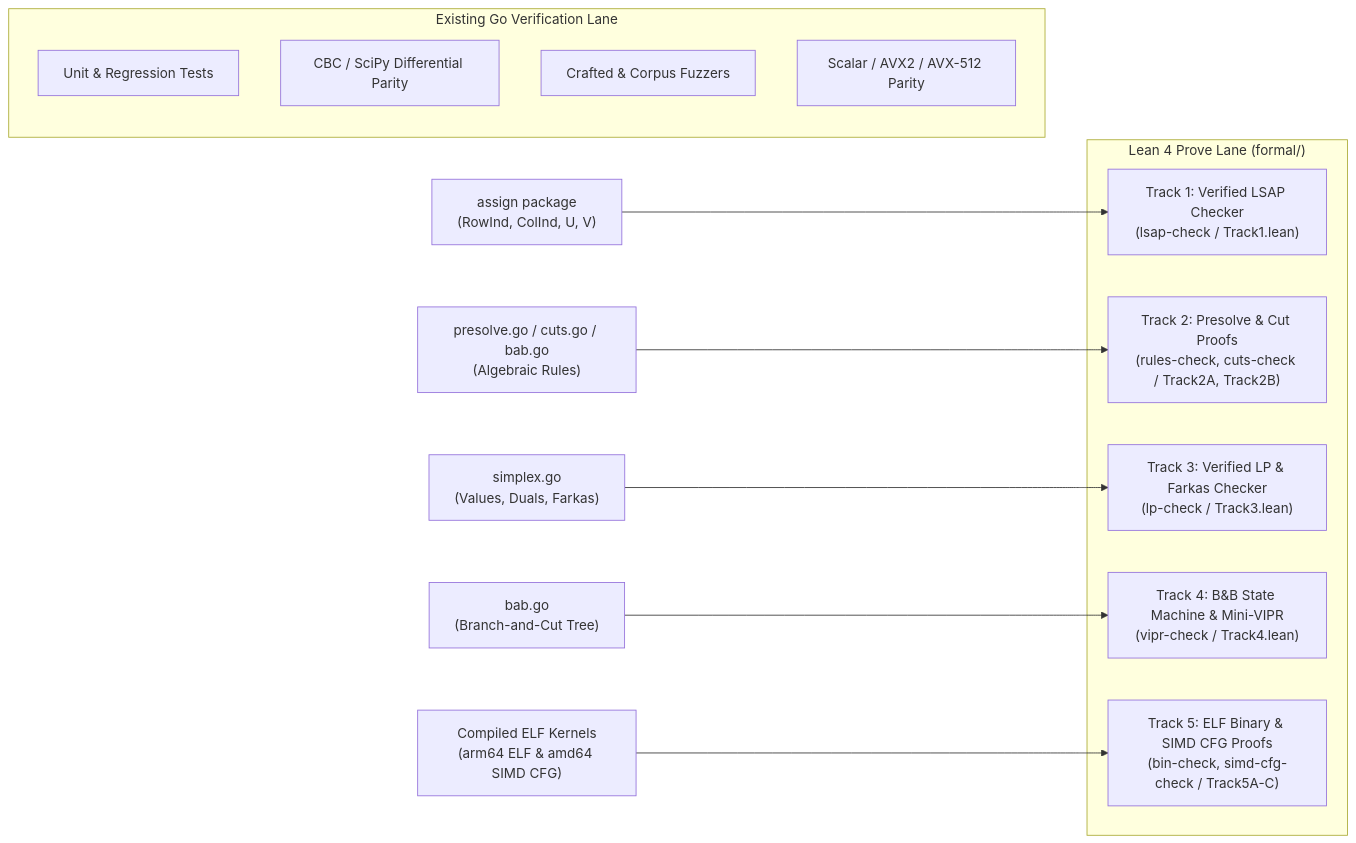
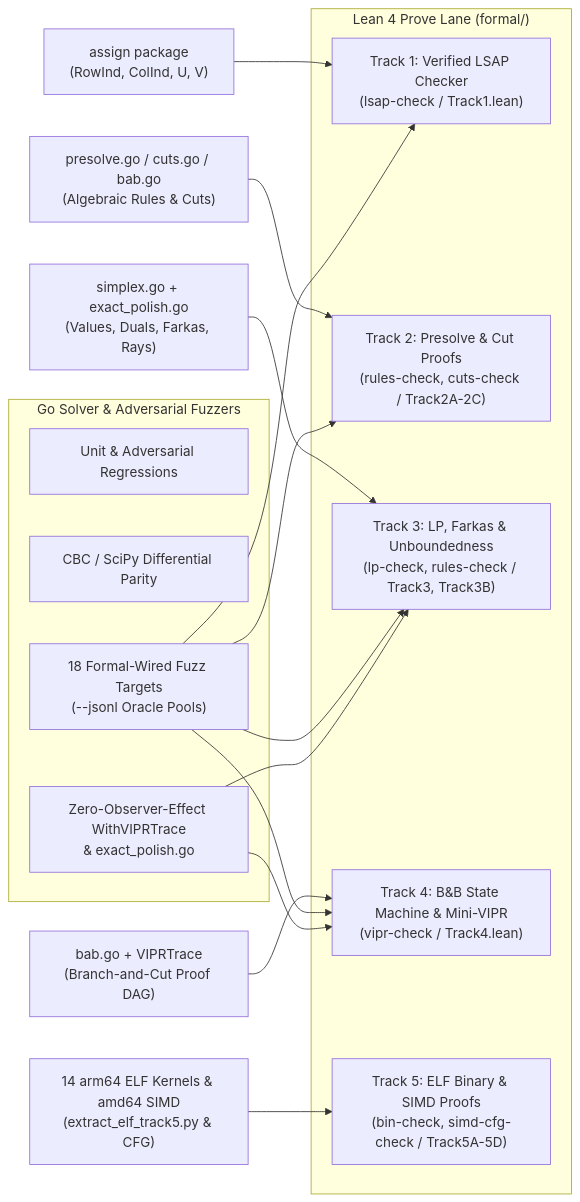
One commit to paulourio/goblin changed the diagram in docs/formal-verification.md. Above: the diagram before and after it, drawn with Mermaid. The commit also changed other lines of this file and 1 other file, not shown here.

First line of the commit message:
docs(formal): sync Lean 4 verification guide and index

````diff
--- a/docs/formal-verification.md
+++ b/docs/formal-verification.md
@@ -15,23 +15,25 @@
 ```mermaid
 flowchart LR
-    subgraph GoLane["Existing Go Verification Lane"]
-        G1["Unit & Regression Tests"]
+    subgraph GoLane["Go Solver & Adversarial Fuzzers"]
+        G1["Unit & Adversarial Regressions"]
         G2["CBC / SciPy Differential Parity"]
-        G3["Crafted & Corpus Fuzzers"]
-        G4["Scalar / AVX2 / AVX-512 Parity"]
+        G3["18 Formal-Wired Fuzz Targets\n(--jsonl Oracle Pools)"]
+        G4["Zero-Observer-Effect WithVIPRTrace\n& exact_polish.go"]
     end
 
     subgraph ProveLane["Lean 4 Prove Lane (formal/)"]
         P1["Track 1: Verified LSAP Checker\n(lsap-check / Track1.lean)"]
-        P2["Track 2: Presolve & Cut Proofs\n(rules-check, cuts-check / Track2A, Track2B)"]
-        P3["Track 3: Verified LP & Farkas Checker\n(lp-check / Track3.lean)"]
+        P2["Track 2: Presolve & Cut Proofs\n(rules-check, cuts-check / Track2A-2C)"]
+        P3["Track 3: LP, Farkas & Unboundedness\n(lp-check, rules-check / Track3, Track3B)"]
         P4["Track 4: B&B State Machine & Mini-VIPR\n(vipr-check / Track4.lean)"]
-        P5["Track 5: ELF Binary & SIMD CFG Proofs\n(bin-check, simd-cfg-check / Track5A-C)"]
+        P5["Track 5: ELF Binary & SIMD Proofs\n(bin-check, simd-cfg-check / Track5A-5D)"]
     end
 
     A["assign package\n(RowInd, ColInd, U, V)"] --> P1
-    B["presolve.go / cuts.go / bab.go\n(Algebraic Rules)"] --> P2
-    C["simplex.go\n(Values, Duals, Farkas)"] --> P3
-    D["bab.go\n(Branch-and-Cut Tree)"] --> P4
-    E["Compiled ELF Kernels\n(arm64 ELF & amd64 SIMD CFG)"] --> P5
+    B["presolve.go / cuts.go / bab.go\n(Algebraic Rules & Cuts)"] --> P2
+    C["simplex.go + exact_polish.go\n(Values, Duals, Farkas, Rays)"] --> P3
+    D["bab.go + VIPRTrace\n(Branch-and-Cut Proof DAG)"] --> P4
+    E["14 arm64 ELF Kernels & amd64 SIMD\n(extract_elf_track5.py & CFG)"] --> P5
+    G3 --> P1 & P2 & P3 & P4
+    G4 --> P3 & P4
 ```
````
